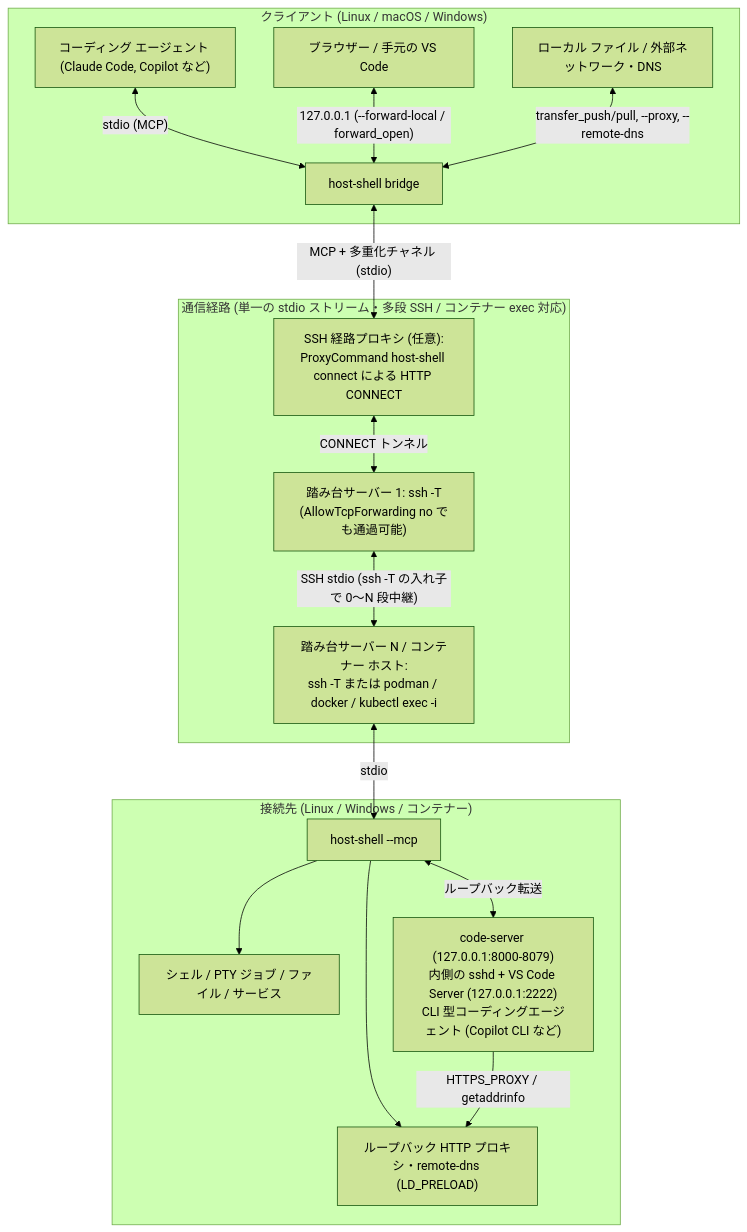
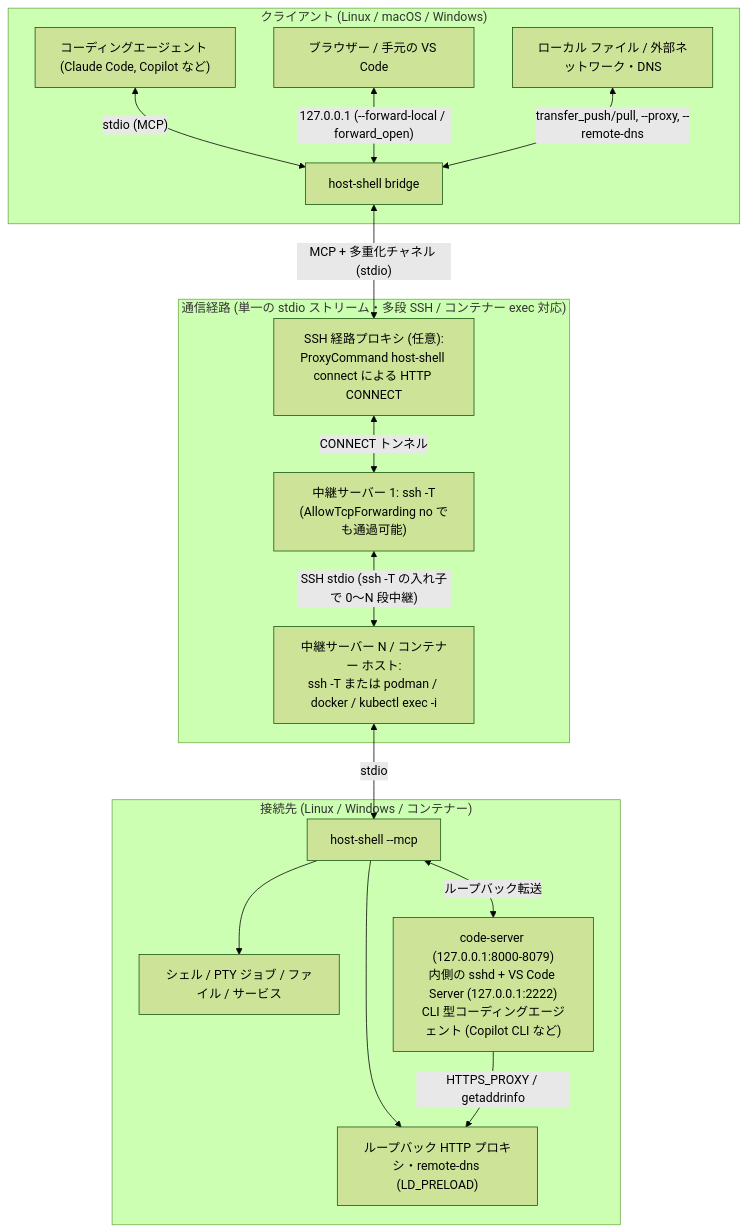
The second of 2 diagrams in README.md (Hondarer/host-shell-mcp), drawn with Mermaid (forest theme) before and after one commit. The commit also changed other lines of this file and 13 other files, not shown here.

````diff
--- a/README.md
+++ b/README.md
@@ -227,34 +227,34 @@
 ```mermaid
 flowchart TB
     subgraph Client["クライアント (Linux / macOS / Windows)"]
-        Agent["コーディング エージェント (Claude Code, Copilot など)"]
+        Agent["コーディングエージェント (Claude Code, Copilot など)"]
         Browser["ブラウザー / 手元の VS Code"]
         LocalRes["ローカル ファイル / 外部ネットワーク・DNS"]
         Bridge["host-shell bridge"]
         Agent <-->|"stdio (MCP)"| Bridge
         Browser <-->|"127.0.0.1 (--forward-local / forward_open)"| Bridge
         LocalRes <-->|"transfer_push/pull, --proxy, --remote-dns"| Bridge
     end
 
     subgraph Route["通信経路 (単一の stdio ストリーム・多段 SSH / コンテナー exec 対応)"]
         RouteProxy["SSH 経路プロキシ (任意):<br/>ProxyCommand host-shell connect による HTTP CONNECT"]
-        Hop1["踏み台サーバー 1: ssh -T<br/>(AllowTcpForwarding no でも通過可能)"]
+        Hop1["中継サーバー 1: ssh -T<br/>(AllowTcpForwarding no でも通過可能)"]
         RouteProxy <-->|"CONNECT トンネル"| Hop1
-        HopN["踏み台サーバー N / コンテナー ホスト:<br/>ssh -T または podman / docker / kubectl exec -i"]
+        HopN["中継サーバー N / コンテナー ホスト:<br/>ssh -T または podman / docker / kubectl exec -i"]
         Hop1 <-->|"SSH stdio (ssh -T の入れ子で 0〜N 段中継)"| HopN
     end
 
     subgraph Target["接続先 (Linux / Windows / コンテナー)"]
         HS["host-shell --mcp"]
         OS["シェル / PTY ジョブ / ファイル / サービス"]
         ProxyDNS["ループバック HTTP プロキシ・remote-dns (LD_PRELOAD)"]
         IDEs["code-server (127.0.0.1:8000-8079)<br/>内側の sshd + VS Code Server (127.0.0.1:2222)<br/>CLI 型コーディングエージェント (Copilot CLI など)"]
         HS --> OS
         HS --> ProxyDNS
         HS <-->|"ループバック転送"| IDEs
         IDEs -->|"HTTPS_PROXY / getaddrinfo"| ProxyDNS
     end
 
     Bridge <-->|"MCP + 多重化チャネル (stdio)"| RouteProxy
     HopN <-->|"stdio"| HS
 ```
````
